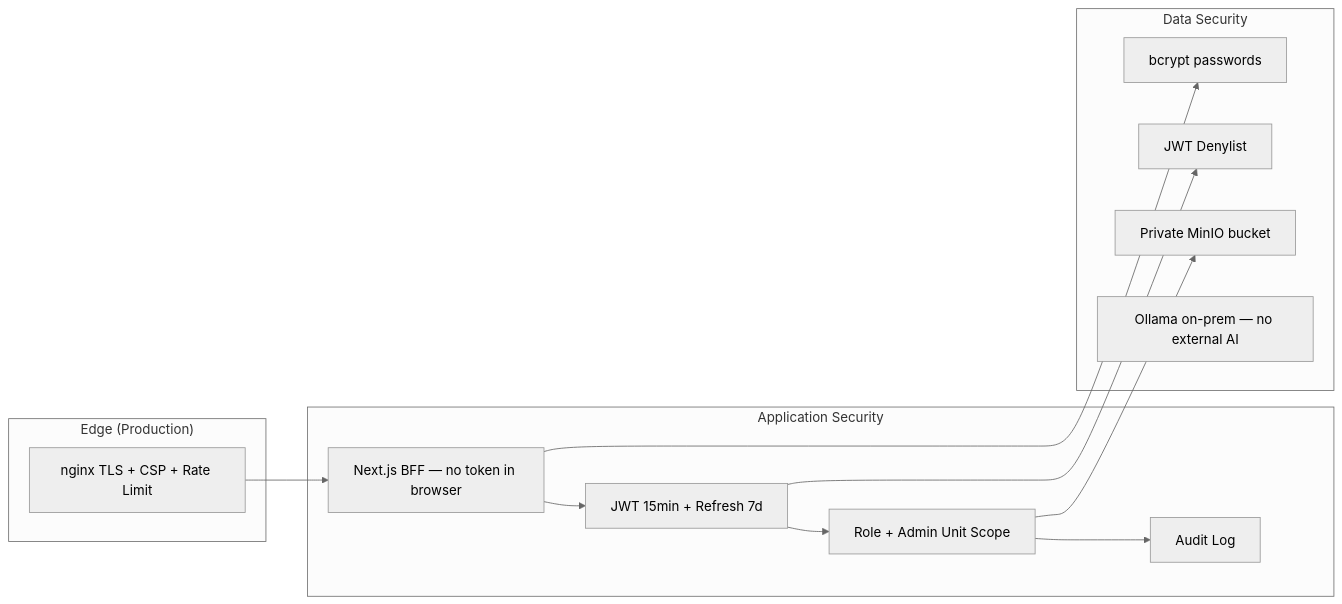
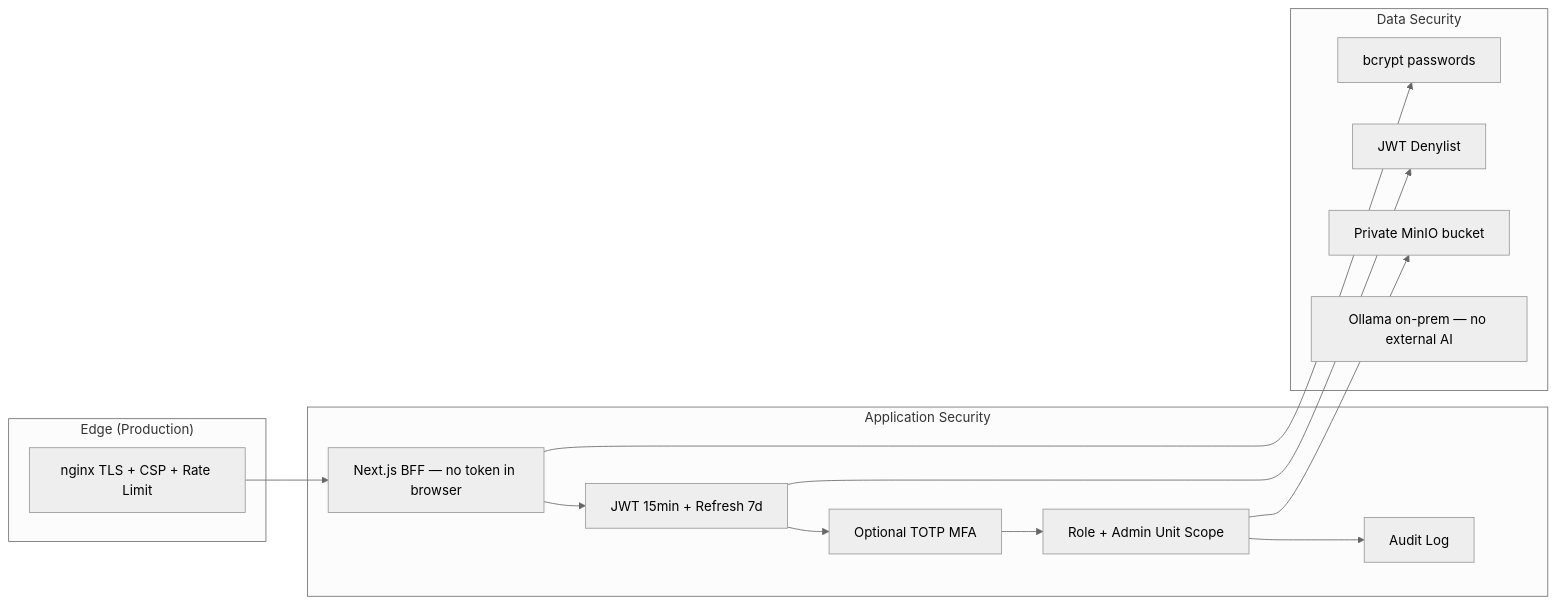
The fourth of 4 diagrams in docs/SYSTEM_DESIGN.md (mohammad-al-samiul/geoinsight-bd), drawn with Mermaid (neutral theme) before and after one commit. The commit also changed other lines of this file and 93 other files, not shown here.

````diff
--- a/docs/SYSTEM_DESIGN.md
+++ b/docs/SYSTEM_DESIGN.md
@@ -847,25 +900,26 @@
 ```mermaid
 flowchart LR
     subgraph Edge["Edge (Production)"]
         NGINX[nginx TLS + CSP + Rate Limit]
     end
 
     subgraph App["Application Security"]
         BFF[Next.js BFF — no token in browser]
         JWT[JWT 15min + Refresh 7d]
+        MFA[Optional TOTP MFA]
         RBAC[Role + Admin Unit Scope]
         AUDIT[Audit Log]
     end
 
     subgraph DataSec["Data Security"]
         REDIS_DENY[JWT Denylist]
         BCRYPT[bcrypt passwords]
         MINIO_PRIV[Private MinIO bucket]
         SOV[Ollama on-prem — no external AI]
     end
 
-    NGINX --> BFF --> JWT --> RBAC --> AUDIT
+    NGINX --> BFF --> JWT --> MFA --> RBAC --> AUDIT
     JWT --> REDIS_DENY
     BFF --> BCRYPT
     RBAC --> MINIO_PRIV
 ```
````
